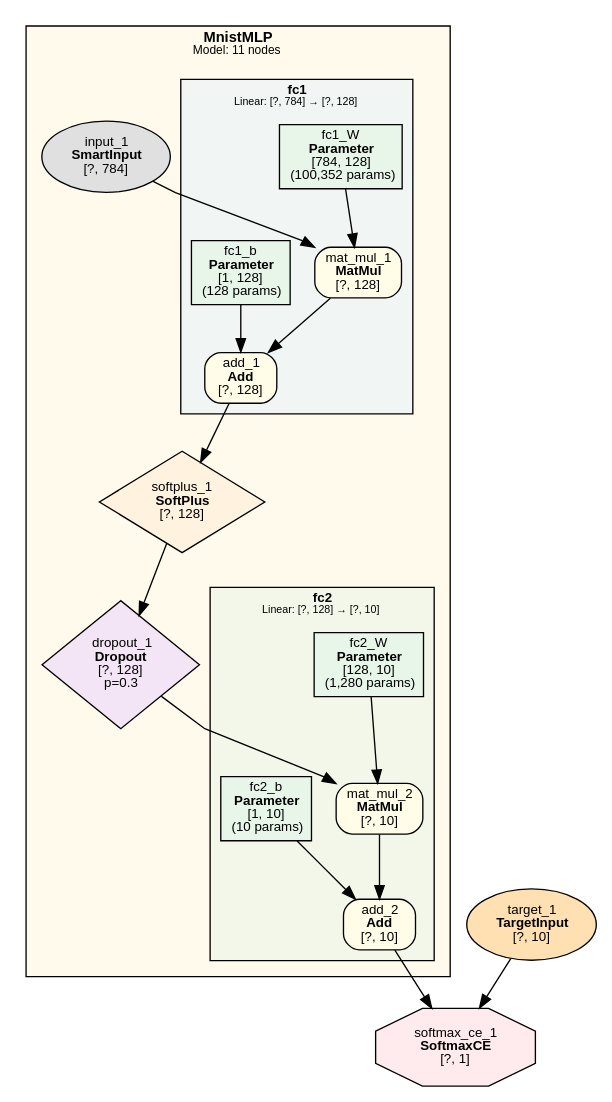
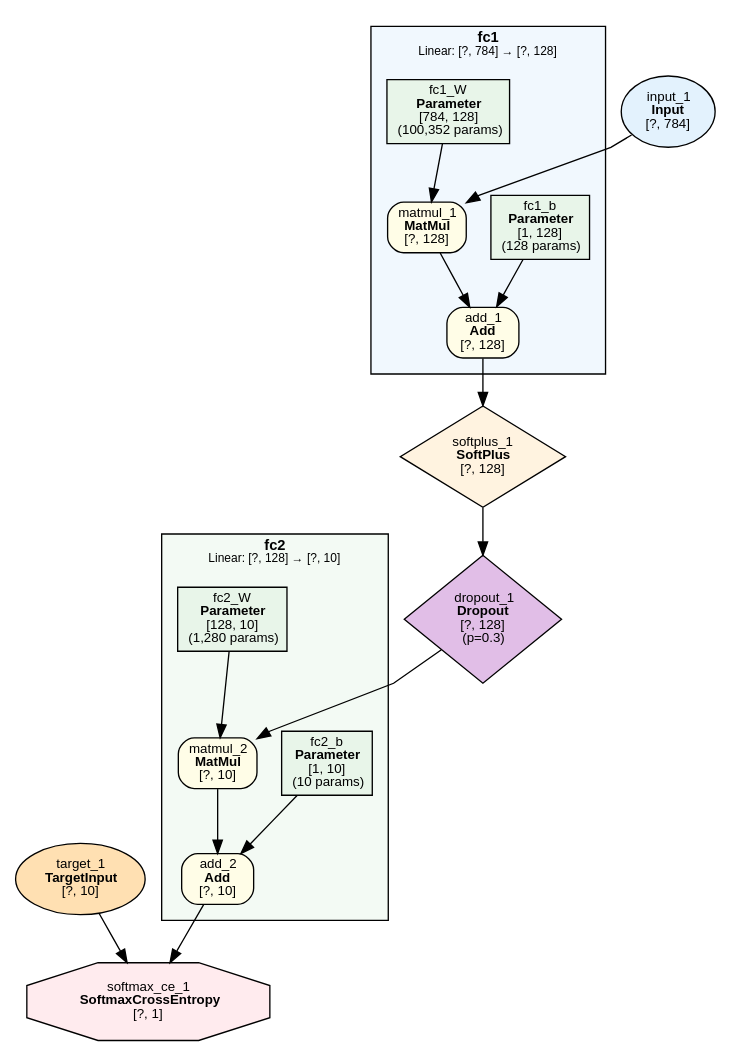
The diagram in examples/mnist/mnist.dot (dbsxdbsx/only_torch), drawn with Graphviz before and after one commit. The commit also changed 17 other files, not shown here.

```diff
--- a/examples/mnist/mnist.dot
+++ b/examples/mnist/mnist.dot
@@ -1,59 +1,52 @@
-digraph Model {
+digraph ComputeGraph {
     rankdir=TB;
     newrank=true;
     splines=polyline;
     node [fontname="Microsoft YaHei,SimHei,Arial"];
     edge [fontname="Microsoft YaHei,SimHei,Arial"];
 
-    subgraph cluster_MnistMLP {
-        label=<<B>MnistMLP</B><BR/><FONT POINT-SIZE="9">Model: 11 nodes</FONT>>;
+    subgraph cluster_fc1 {
+        label=<<B>fc1</B><BR/><FONT POINT-SIZE="9">Linear: [?, 784] → [?, 128]</FONT>>;
         style=filled;
-        fillcolor="#FFECB340";
+        fillcolor="#E3F2FD80";
         fontname="Microsoft YaHei,SimHei,Arial";
         fontsize=11;
         margin=12;
-        subgraph cluster_MnistMLP_fc1 {
-            label=<<B>fc1</B><BR/><FONT POINT-SIZE="8">Linear: [?, 784] → [?, 128]</FONT>>;
-            style=filled;
-            fillcolor="#E3F2FD80";
-            fontname="Microsoft YaHei,SimHei,Arial";
-            fontsize=10;
-            margin=8;
+            "3808" [label=<add_1<BR/><B>Add</B><BR/>[?, 128]> shape=box style="filled,rounded" fillcolor="#FFFDE7" fontsize=10];
+            "3807" [label=<matmul_1<BR/><B>MatMul</B><BR/>[?, 128]> shape=box style="filled,rounded" fillcolor="#FFFDE7" fontsize=10];
+            "2" [label=<fc1_b<BR/><B>Parameter</B><BR/>[1, 128]<BR/>(128 params)> shape=box style=filled fillcolor="#E8F5E9" fontsize=10];
             "1" [label=<fc1_W<BR/><B>Parameter</B><BR/>[784, 128]<BR/>(100,352 params)> shape=box style=filled fillcolor="#E8F5E9" fontsize=10];
-            "2" [label=<fc1_b<BR/><B>Parameter</B><BR/>[1, 128]<BR/>(128 params)> shape=box style=filled fillcolor="#E8F5E9" fontsize=10];
-            "6" [label=<mat_mul_1<BR/><B>MatMul</B><BR/>[?, 128]> shape=box style="filled,rounded" fillcolor="#FFFDE7" fontsize=10];
-            "7" [label=<add_1<BR/><B>Add</B><BR/>[?, 128]> shape=box style="filled,rounded" fillcolor="#FFFDE7" fontsize=10];
-        }
-        subgraph cluster_MnistMLP_fc2 {
-            label=<<B>fc2</B><BR/><FONT POINT-SIZE="8">Linear: [?, 128] → [?, 10]</FONT>>;
-            style=filled;
-            fillcolor="#E8F5E980";
-            fontname="Microsoft YaHei,SimHei,Arial";
-            fontsize=10;
-            margin=8;
-            "3" [label=<fc2_W<BR/><B>Parameter</B><BR/>[128, 10]<BR/>(1,280 params)> shape=box style=filled fillcolor="#E8F5E9" fontsize=10];
-            "4" [label=<fc2_b<BR/><B>Parameter</B><BR/>[1, 10]<BR/>(10 params)> shape=box style=filled fillcolor="#E8F5E9" fontsize=10];
-            "10" [label=<mat_mul_2<BR/><B>MatMul</B><BR/>[?, 10]> shape=box style="filled,rounded" fillcolor="#FFFDE7" fontsize=10];
-            "11" [label=<add_2<BR/><B>Add</B><BR/>[?, 10]> shape=box style="filled,rounded" fillcolor="#FFFDE7" fontsize=10];
-        }
-            "5" [label=<input_1<BR/><B>SmartInput</B><BR/>[?, 784]> shape=ellipse style=filled fillcolor="#E0E0E0" fontsize=10];
-            "8" [label=<softplus_1<BR/><B>SoftPlus</B><BR/>[?, 128]> shape=diamond style=filled fillcolor="#FFF3E0" fontsize=10];
-            "9" [label=<dropout_1<BR/><B>Dropout</B><BR/>[?, 128]<BR/>p=0.3> shape=diamond style=filled fillcolor="#F3E5F5" fontsize=10];
     }
 
-    "12" [label=<target_1<BR/><B>TargetInput</B><BR/>[?, 10]> shape=ellipse style=filled fillcolor="#FFE0B2" fontsize=10];
-    "13" [label=<softmax_ce_1<BR/><B>SoftmaxCE</B><BR/>[?, 1]> shape=octagon style=filled fillcolor="#FFEBEE" fontsize=10];
+    subgraph cluster_fc2 {
+        label=<<B>fc2</B><BR/><FONT POINT-SIZE="9">Linear: [?, 128] → [?, 10]</FONT>>;
+        style=filled;
+        fillcolor="#E8F5E980";
+        fontname="Microsoft YaHei,SimHei,Arial";
+        fontsize=11;
+        margin=12;
+            "3812" [label=<add_2<BR/><B>Add</B><BR/>[?, 10]> shape=box style="filled,rounded" fillcolor="#FFFDE7" fontsize=10];
+            "3811" [label=<matmul_2<BR/><B>MatMul</B><BR/>[?, 10]> shape=box style="filled,rounded" fillcolor="#FFFDE7" fontsize=10];
+            "4" [label=<fc2_b<BR/><B>Parameter</B><BR/>[1, 10]<BR/>(10 params)> shape=box style=filled fillcolor="#E8F5E9" fontsize=10];
+            "3" [label=<fc2_W<BR/><B>Parameter</B><BR/>[128, 10]<BR/>(1,280 params)> shape=box style=filled fillcolor="#E8F5E9" fontsize=10];
+    }
 
-    "5" -> "6";
-    "1" -> "6";
-    "6" -> "7";
-    "2" -> "7";
-    "7" -> "8";
-    "8" -> "9";
-    "9" -> "10";
-    "3" -> "10";
-    "10" -> "11";
-    "4" -> "11";
-    "11" -> "13";
-    "12" -> "13";
+    "3814" [label=<softmax_ce_1<BR/><B>SoftmaxCrossEntropy</B><BR/>[?, 1]> shape=octagon style=filled fillcolor="#FFEBEE" fontsize=10];
+    "3813" [label=<target_1<BR/><B>TargetInput</B><BR/>[?, 10]> shape=ellipse style=filled fillcolor="#FFE0B2" fontsize=10];
+    "3810" [label=<dropout_1<BR/><B>Dropout</B><BR/>[?, 128]<BR/>(p=0.3)> shape=diamond style=filled fillcolor="#E1BEE7" fontsize=10];
+    "3809" [label=<softplus_1<BR/><B>SoftPlus</B><BR/>[?, 128]> shape=diamond style=filled fillcolor="#FFF3E0" fontsize=10];
+    "3806" [label=<input_1<BR/><B>Input</B><BR/>[?, 784]> shape=ellipse style=filled fillcolor="#E3F2FD" fontsize=10];
+
+    "3812" -> "3814";
+    "3813" -> "3814";
+    "3811" -> "3812";
+    "4" -> "3812";
+    "3810" -> "3811";
+    "3" -> "3811";
+    "3809" -> "3810";
+    "3808" -> "3809";
+    "3807" -> "3808";
+    "2" -> "3808";
+    "3806" -> "3807";
+    "1" -> "3807";
 }
```
